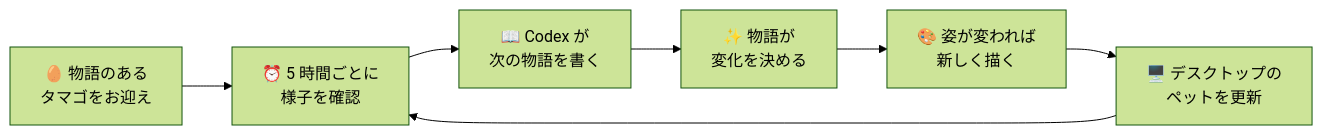
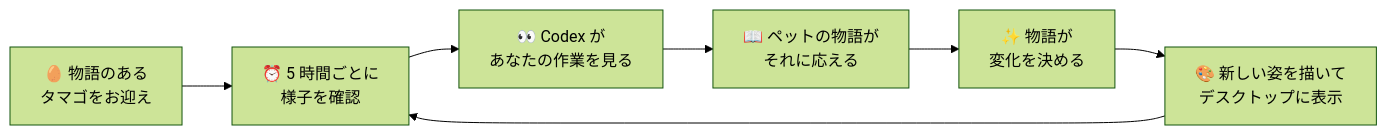
One commit to yate-ge/GenPet changed the diagram in README.ja.md. Above: the diagram before and after it, drawn with Mermaid (forest theme). The commit also changed other lines of this file and 12 other files, not shown here.

````diff
--- a/README.ja.md
+++ b/README.ja.md
@@ -103,9 +128,9 @@
 ```mermaid
 flowchart LR
   A["🥚 物語のある<br>タマゴをお迎え"] --> B["⏰ 5 時間ごとに<br>様子を確認"]
-  B --> C["📖 Codex が<br>次の物語を書く"]
-  C --> D["✨ 物語が<br>変化を決める"]
-  D --> E["🎨 姿が変われば<br>新しく描く"]
-  E --> F["🖥️ デスクトップの<br>ペットを更新"]
+  B --> C["👀 Codex が<br>あなたの作業を見る"]
+  C --> D["📖 ペットの物語が<br>それに応える"]
+  D --> E["✨ 物語が<br>変化を決める"]
+  E --> F["🎨 新しい姿を描いて<br>デスクトップに表示"]
   F --> B
 ```
````
